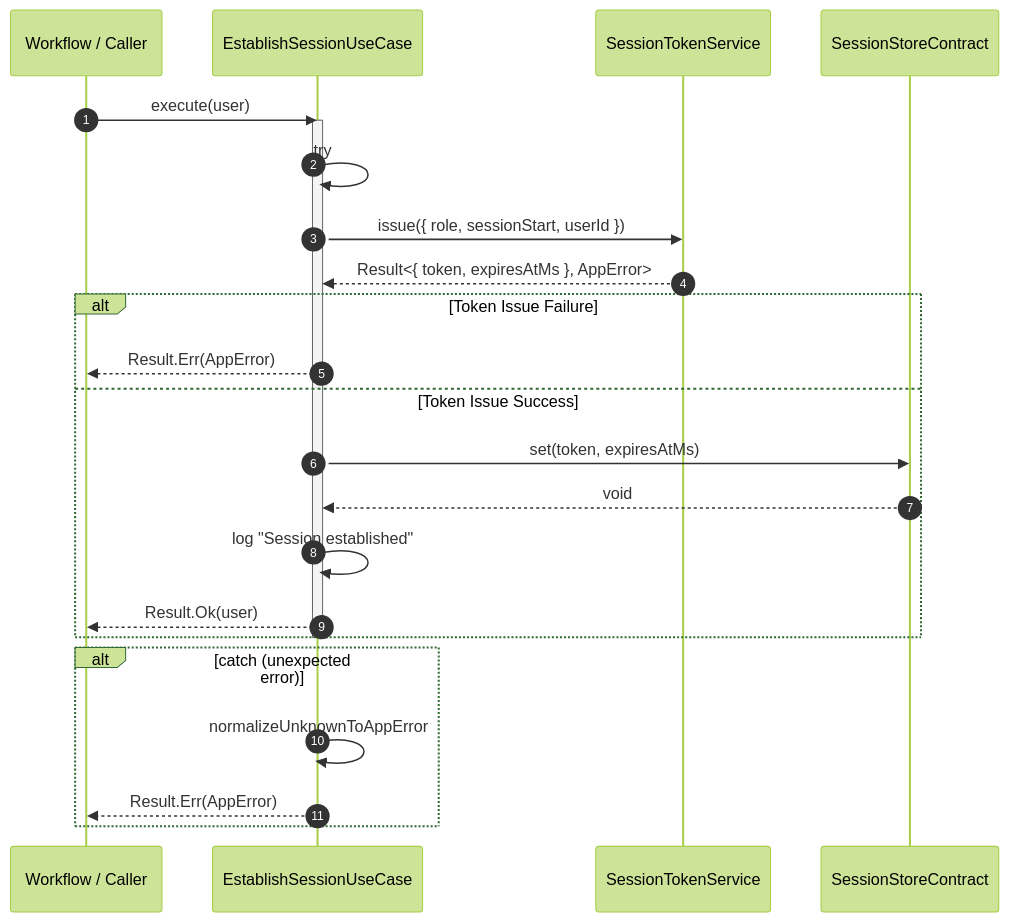
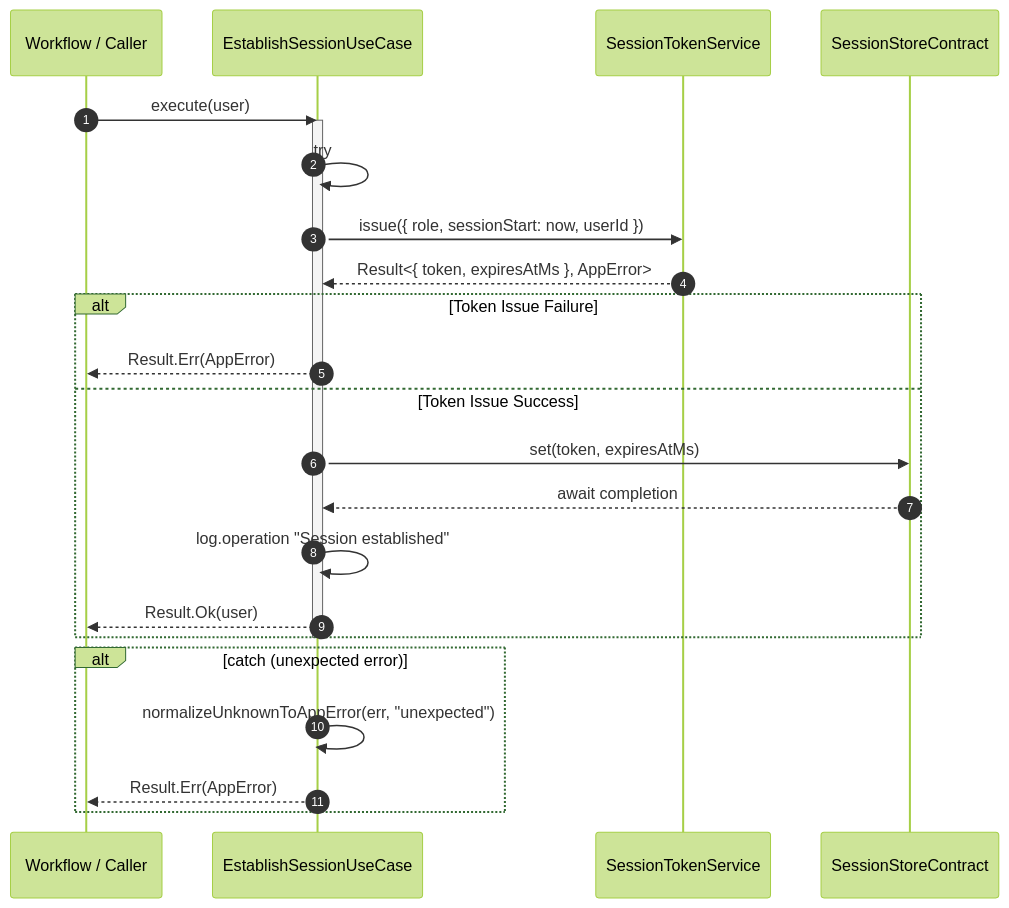
The tenth of 12 diagrams in src/modules/auth/server/infrastructure/db/dal/README.md (andrewpetersondev/nextjs-dashboard), drawn with Mermaid (forest theme) before and after one commit. The commit also changed other lines of this file, not shown here.

Commit message:
docs: update flowcharts and sequence diagrams for DAL and LoginUseCase

````diff
--- a/src/modules/auth/server/infrastructure/db/dal/README.md
+++ b/src/modules/auth/server/infrastructure/db/dal/README.md
@@ -400,33 +399,33 @@
 ```mermaid
 sequenceDiagram
   autonumber
 
   participant WF as Workflow / Caller
   participant UC as EstablishSessionUseCase
   participant TS as SessionTokenService
   participant ST as SessionStoreContract
 
   WF->>UC: execute(user)
   activate UC
 
   UC->>UC: try
 
-  UC->>TS: issue({ role, sessionStart, userId })
+  UC->>TS: issue({ role, sessionStart: now, userId })
   TS-->>UC: Result<{ token, expiresAtMs }, AppError>
 
   alt Token Issue Failure
     UC-->>WF: Result.Err(AppError)
   else Token Issue Success
     UC->>ST: set(token, expiresAtMs)
-    ST-->>UC: void
-    UC->>UC: log "Session established"
+    ST-->>UC: await completion
+    UC->>UC: log.operation "Session established"
     UC-->>WF: Result.Ok(user)
   end
 
   deactivate UC
 
   alt catch (unexpected error)
-    UC->>UC: normalizeUnknownToAppError
+    UC->>UC: normalizeUnknownToAppError(err, "unexpected")
     UC-->>WF: Result.Err(AppError)
   end
 ```
````
